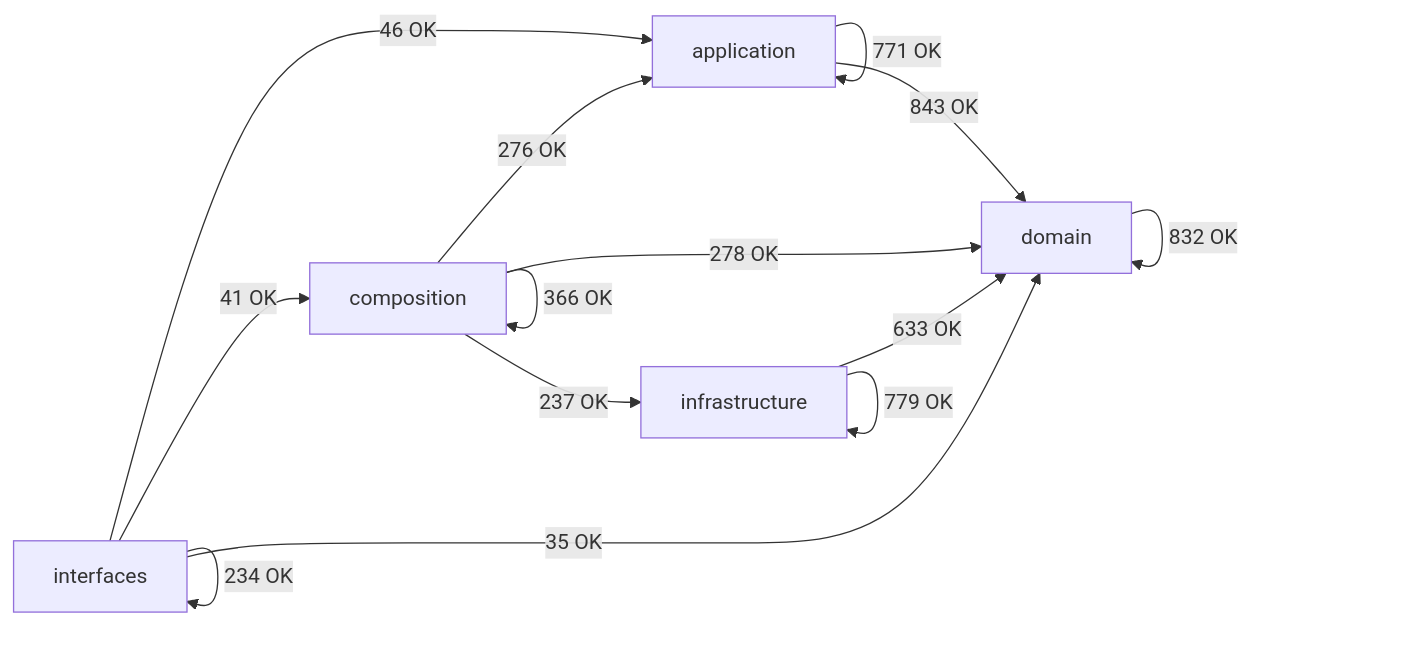
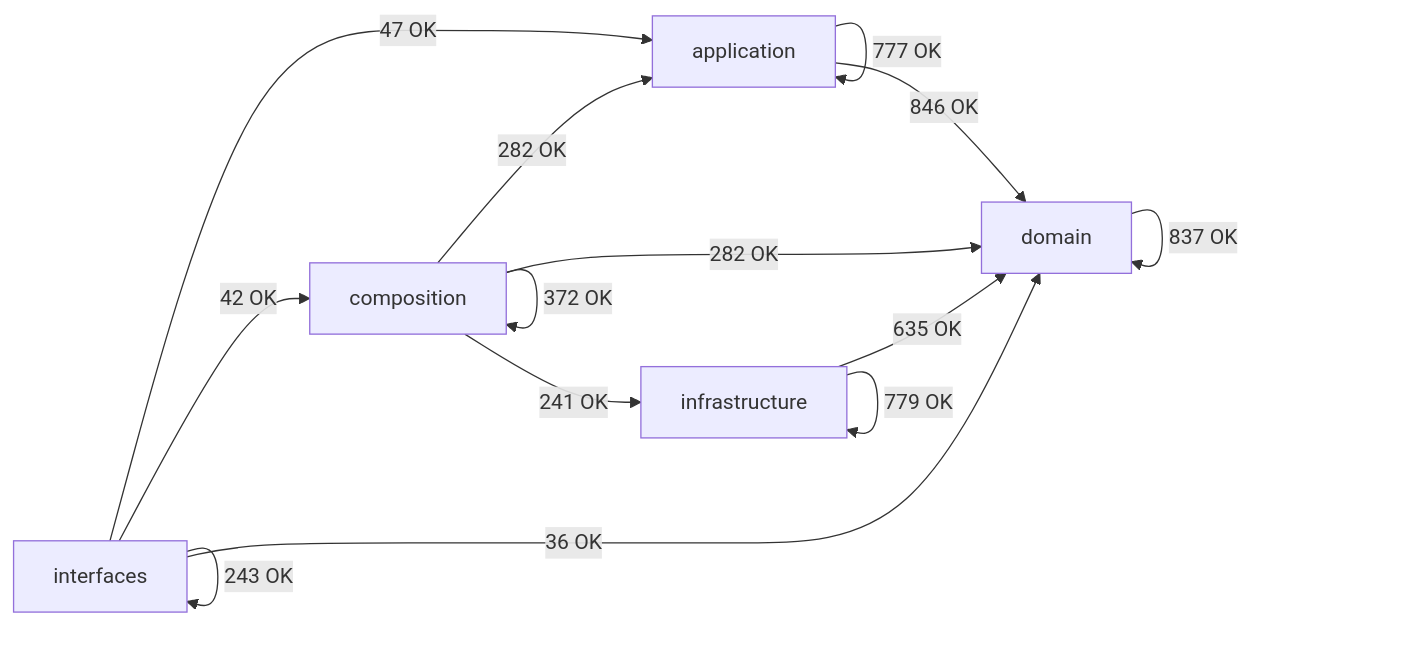
Before and after one commit to SatoryKono/BioactivityDataAcquisition: the diagram in docs/02-architecture/generated/module-dependency-map.md, drawn with Mermaid. The commit also changed other lines of this file and 73 other files, not shown here.

````diff
--- a/docs/02-architecture/generated/module-dependency-map.md
+++ b/docs/02-architecture/generated/module-dependency-map.md
@@ -26,21 +26,21 @@
 ```mermaid
 flowchart LR
     domain[domain]
     application[application]
     infrastructure[infrastructure]
     composition[composition]
     interfaces[interfaces]
-    application -->|771 OK| application
-    application -->|843 OK| domain
-    composition -->|276 OK| application
-    composition -->|366 OK| composition
-    composition -->|278 OK| domain
-    composition -->|237 OK| infrastructure
-    domain -->|832 OK| domain
-    infrastructure -->|633 OK| domain
+    application -->|777 OK| application
+    application -->|846 OK| domain
+    composition -->|282 OK| application
+    composition -->|372 OK| composition
+    composition -->|282 OK| domain
+    composition -->|241 OK| infrastructure
+    domain -->|837 OK| domain
+    infrastructure -->|635 OK| domain
     infrastructure -->|779 OK| infrastructure
-    interfaces -->|46 OK| application
-    interfaces -->|41 OK| composition
-    interfaces -->|35 OK| domain
-    interfaces -->|234 OK| interfaces
+    interfaces -->|47 OK| application
+    interfaces -->|42 OK| composition
+    interfaces -->|36 OK| domain
+    interfaces -->|243 OK| interfaces
 ```
````
